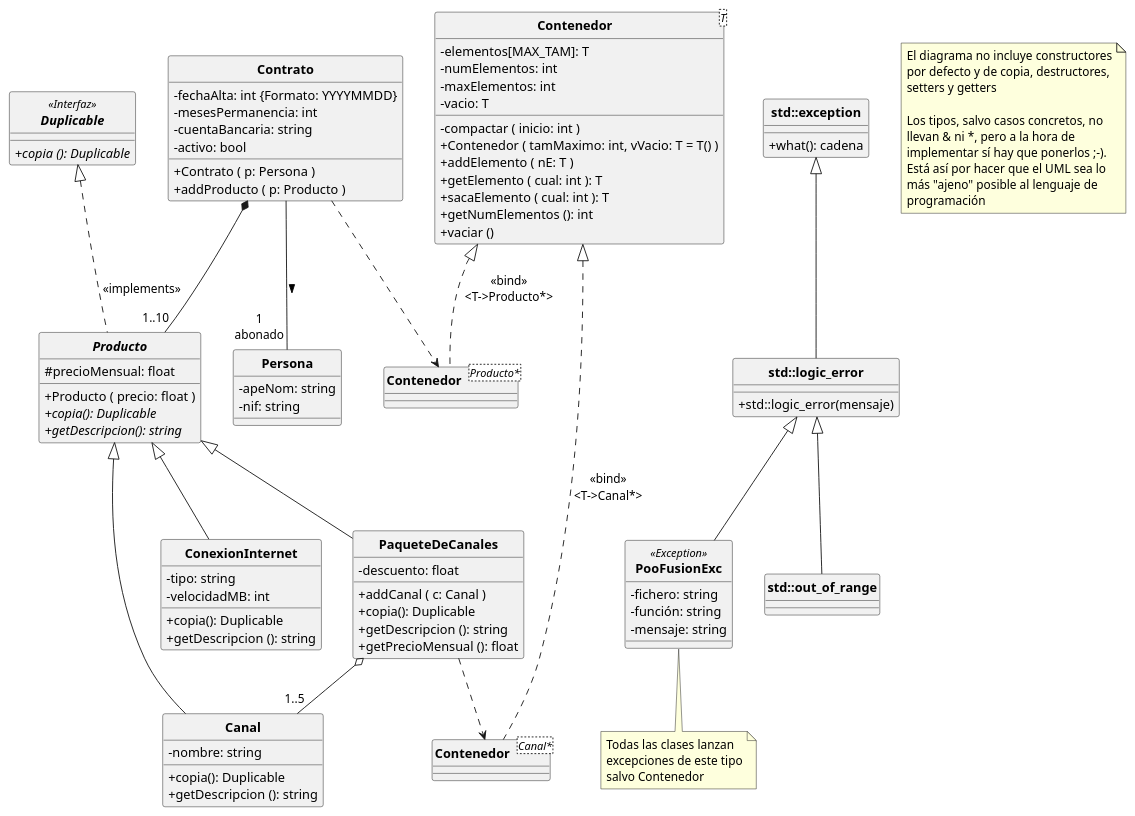
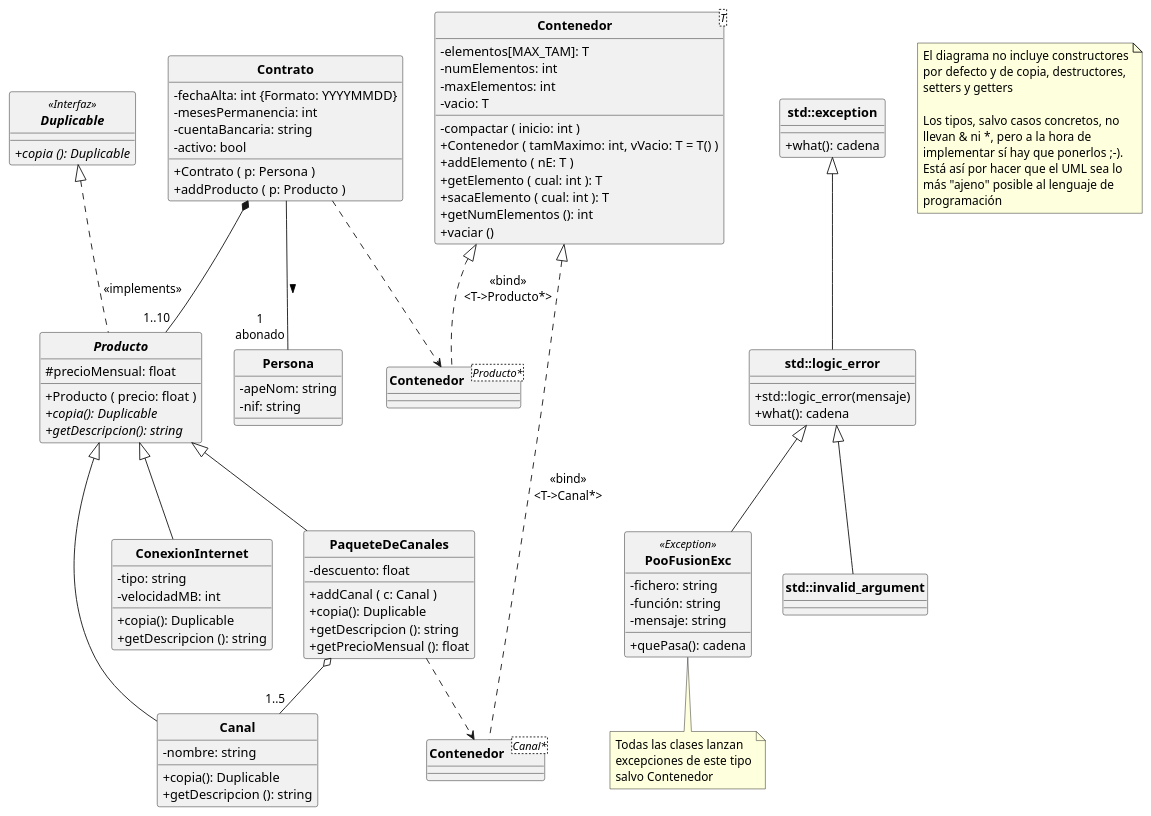
Before and after one commit to POOUJA/PooFusion: the diagram in PooFusion.puml, drawn with PlantUML. The commit also changed 6 other files, not shown here.

```diff
--- a/PooFusion.puml
+++ b/PooFusion.puml
@@ -1,120 +1,122 @@
 @startuml
 
 hide circle
 skinparam classattributeiconsize 0
 skinparam classFontStyle bold
 
 interface Duplicable<<Interfaz>> {
    + {abstract} copia (): Duplicable
 }
 
 class Persona {
    - apeNom: string
    - nif: string
 }
 
 class Contrato {
    - fechaAlta: int {Formato: YYYYMMDD}
    - mesesPermanencia: int
    - cuentaBancaria: string
    - activo: bool
    + Contrato ( p: Persona )
    + addProducto ( p: Producto )
 }
 
 abstract class Producto {
    # precioMensual: float
    + Producto ( precio: float )
    + {abstract} copia(): Duplicable
    + {abstract} getDescripcion(): string
 }
 
 class ConexionInternet {
    - tipo: string
    - velocidadMB: int
    + copia(): Duplicable
    + getDescripcion (): string
 }
 
 class Canal {
    - nombre: string
    + copia(): Duplicable
    + getDescripcion (): string
 }
 
 class PaqueteDeCanales {
    - descuento: float
    + addCanal ( c: Canal )
    + copia(): Duplicable
    + getDescripcion (): string
    + getPrecioMensual (): float
 }
 
 class Contenedor<T> {
    - elementos[MAX_TAM]: T
    - numElementos: int
    - maxElementos: int
    - vacio: T
 
    - compactar ( inicio: int )
    + Contenedor ( tamMaximo: int, vVacio: T = T() )
    + addElemento ( nE: T )
    + getElemento ( cual: int ): T
    + sacaElemento ( cual: int ): T
    + getNumElementos (): int
    + vaciar ()
 }
 
 class PooFusionExc<<Exception>> extends std::logic_error{
    - fichero: string
    - función: string
    - mensaje: string
+   + quePasa(): cadena
 }
 note bottom of PooFusionExc
    Todas las clases lanzan
    excepciones de este tipo
    salvo Contenedor
 end note
 
 class std::exception {
   + what(): cadena
 }
 
 class std::logic_error extends std::exception {
   +std::logic_error(mensaje)
+  + what(): cadena
 }
-class std::out_of_range extends std::logic_error
+class std::invalid_argument extends std::logic_error
 
 class "Contenedor<Canal*>" as CC {
 }
 
 class "Contenedor<Producto*>" as CP{
 }
 
 
 Contrato -- "1\nabonado" Persona: >
 Producto <|-- ConexionInternet 
 Producto <|-- Canal
 Producto <|-- PaqueteDeCanales
 Contenedor <|.. CP: <<bind>>\n<T->Producto*>
 Contrato ..> CP
 Contrato *-- "1..10" Producto
 Duplicable <|.. Producto: <<implements>>
 Contenedor <|.. CC: <<bind>>\n<T->Canal*>
 PaqueteDeCanales o-- "1..5"Canal
 PaqueteDeCanales ..> CC
 
 note as Nota1
    El diagrama no incluye constructores
    por defecto y de copia, destructores,
    setters y getters
 
    Los tipos, salvo casos concretos, no
    llevan & ni *, pero a la hora de
    implementar sí hay que ponerlos ;-). 
    Está así por hacer que el UML sea lo
    más "ajeno" posible al lenguaje de
    programación
 end note
 
 @enduml
```
